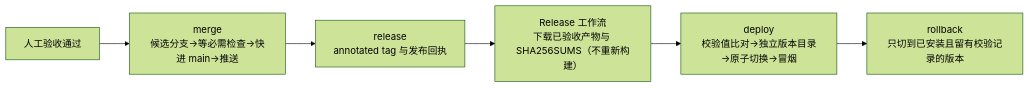
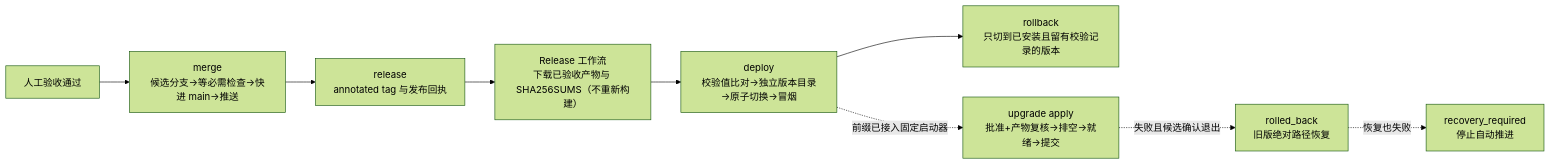
Before and after one commit to Lijiajin95/ForgeLoop: the ninth of 9 diagrams in docs/architecture.md, drawn with Mermaid (forest theme). The commit also changed other lines of this file and 55 other files, not shown here.

````diff
--- a/docs/architecture.md
+++ b/docs/architecture.md
@@ -442,8 +452,11 @@
 ```mermaid
 flowchart LR
   Accept["人工验收通过"] --> Merge["merge<br/>候选分支→等必需检查→快进 main→推送"]
   Merge --> Release["release<br/>annotated tag 与发布回执"]
   Release --> Workflow["Release 工作流<br/>下载已验收产物与 SHA256SUMS（不重新构建）"]
   Workflow --> Deploy["deploy<br/>校验值比对→独立版本目录→原子切换→冒烟"]
   Deploy --> Rollback["rollback<br/>只切到已安装且留有校验记录的版本"]
+  Deploy -.->|"前缀已接入固定启动器"| Upgrade["upgrade apply<br/>批准+产物复核→排空→就绪→提交"]
+  Upgrade -.->|失败且候选确认退出| RolledBack["rolled_back<br/>旧版绝对路径恢复"]
+  RolledBack -.->|恢复也失败| Recovery["recovery_required<br/>停止自动推进"]
 ```
````
